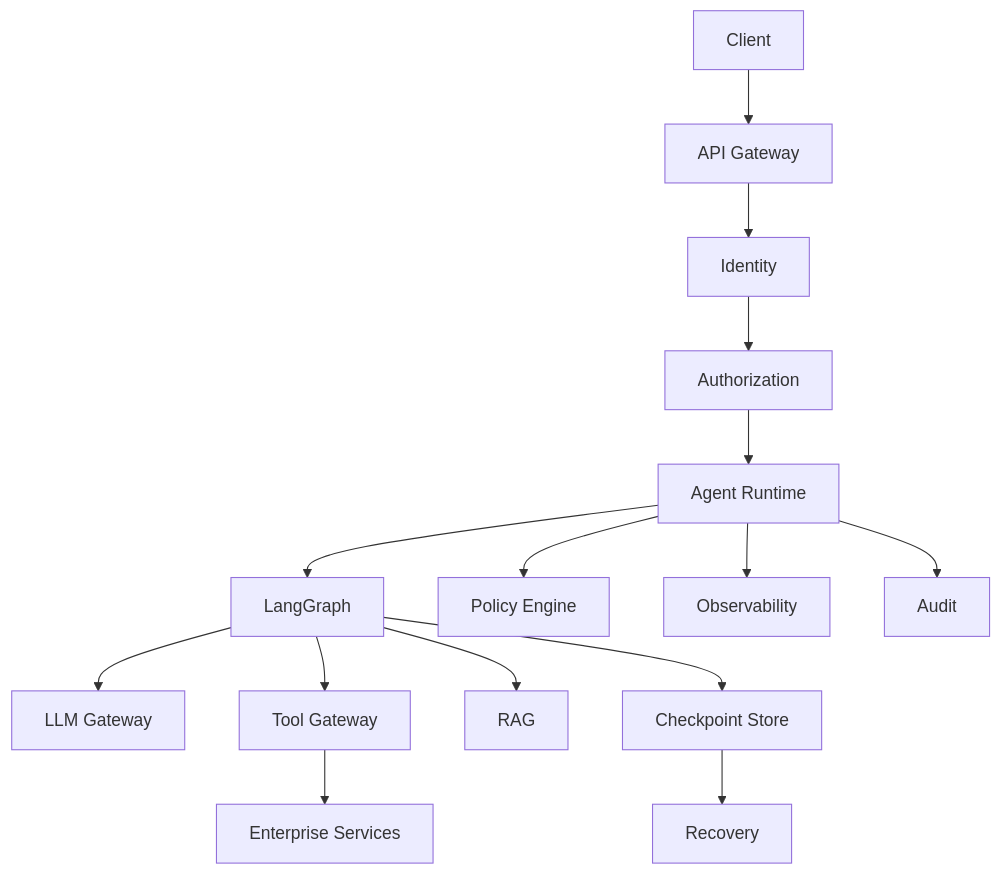
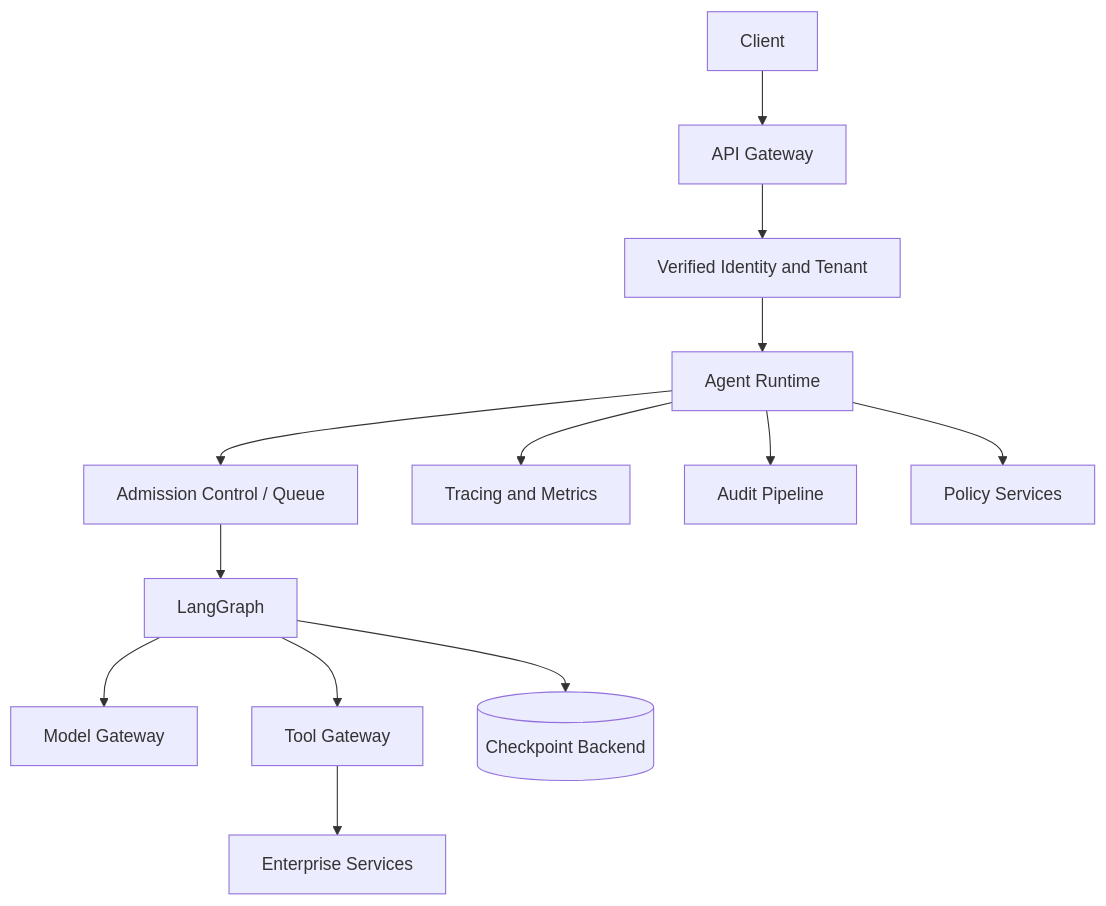
The first of 4 diagrams in docs/08-ai-engineering-frameworks/langgraph/25-langgraph-production-patterns.md (MihirKJha/enterprise-ai-engineering-handbook), drawn with Mermaid before and after one commit. The commit also changed other lines of this file and 10 other files, not shown here.

````diff
--- a/docs/08-ai-engineering-frameworks/langgraph/25-langgraph-production-patterns.md
+++ b/docs/08-ai-engineering-frameworks/langgraph/25-langgraph-production-patterns.md
@@ -197,31 +29,15 @@
 ```mermaid
 flowchart TB
-
-    A[Client] --> B[API Gateway]
-
-    B --> C[Identity]
-
-    C --> D[Authorization]
-
-    D --> E[Agent Runtime]
-
-    E --> F[LangGraph]
-
-    F --> G[LLM Gateway]
-
-    F --> H[Tool Gateway]
-
-    F --> I[RAG]
-
-    F --> J[Checkpoint Store]
-
-    H --> K[Enterprise Services]
-
-    E --> L[Policy Engine]
-
-    E --> M[Observability]
-
-    E --> N[Audit]
-
-    J --> O[Recovery]
+    U[Client] --> API[API Gateway]
+    API --> ID[Verified Identity and Tenant]
+    ID --> RT[Agent Runtime]
+    RT --> Q[Admission Control / Queue]
+    Q --> G[LangGraph]
+    G --> MG[Model Gateway]
+    G --> TG[Tool Gateway]
+    TG --> ES[Enterprise Services]
+    G --> CP[(Checkpoint Backend)]
+    RT --> OBS[Tracing and Metrics]
+    RT --> AUD[Audit Pipeline]
+    RT --> POL[Policy Services]
 ```
````
